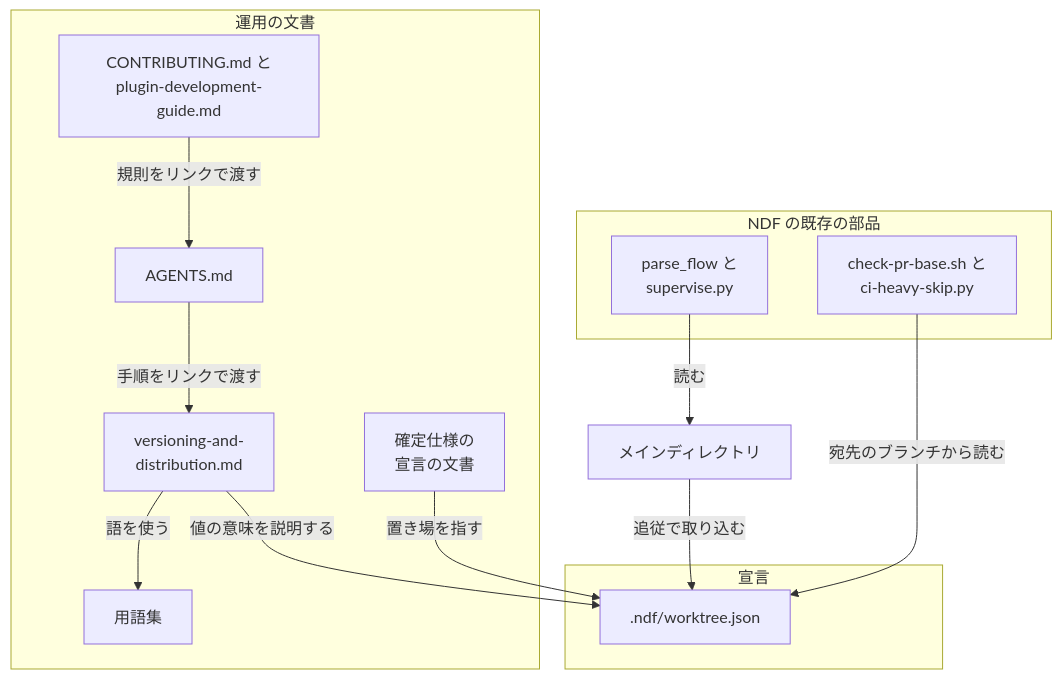
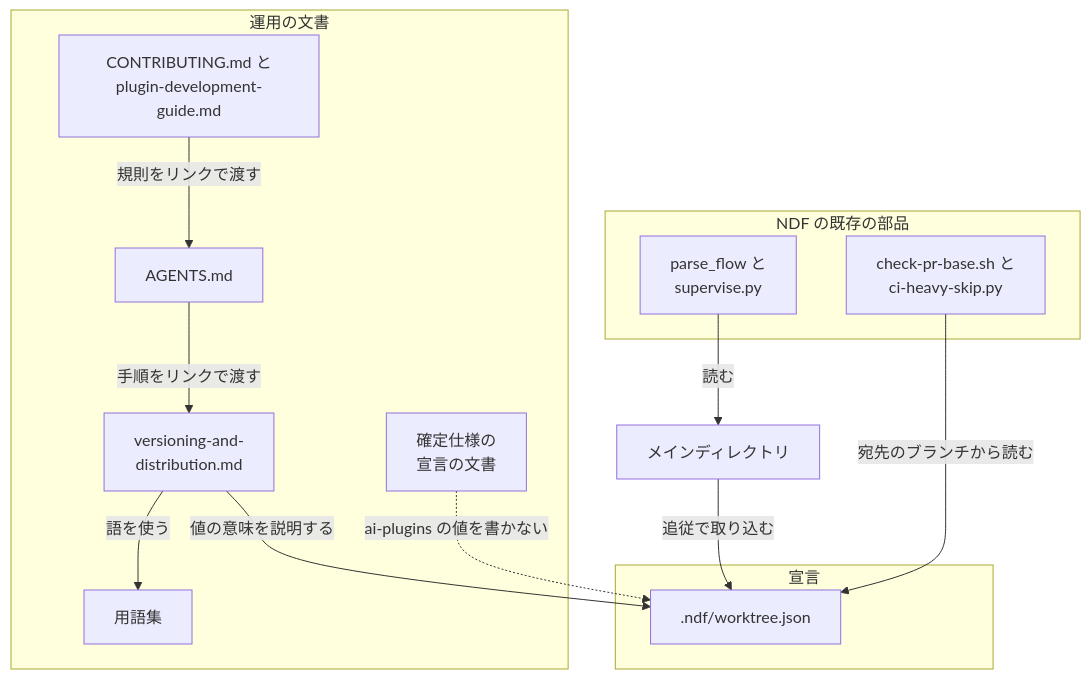
One commit to devbasex/ai-plugins changed the first of 3 diagrams in issues/issue-3119-design.md. Above: the diagram before and after it, drawn with Mermaid. The commit also changed other lines of this file, not shown here.

````diff
--- a/issues/issue-3119-design.md
+++ b/issues/issue-3119-design.md
@@ -144,26 +146,26 @@
 ```mermaid
 graph TD
     subgraph decl[宣言]
         W[.ndf/worktree.json]
     end
     subgraph docs[運用の文書]
         V[versioning-and-<br/>distribution.md]
         A[AGENTS.md]
         C[CONTRIBUTING.md と<br/>plugin-development-guide.md]
         S[確定仕様の<br/>宣言の文書]
         G[用語集]
     end
     subgraph ndf[NDF の既存の部品]
         P[parse_flow と<br/>supervise.py]
         K[check-pr-base.sh と<br/>ci-heavy-skip.py]
     end
     M[メインディレクトリ]
     P -->|読む| M
     M -->|追従で取り込む| W
     K -->|宛先のブランチから読む| W
     V -->|値の意味を説明する| W
     A -->|手順をリンクで渡す| V
     C -->|規則をリンクで渡す| A
-    S -->|置き場を指す| W
+    S -.->|ai-plugins の値を書かない| W
     V -->|語を使う| G
 ```
````
